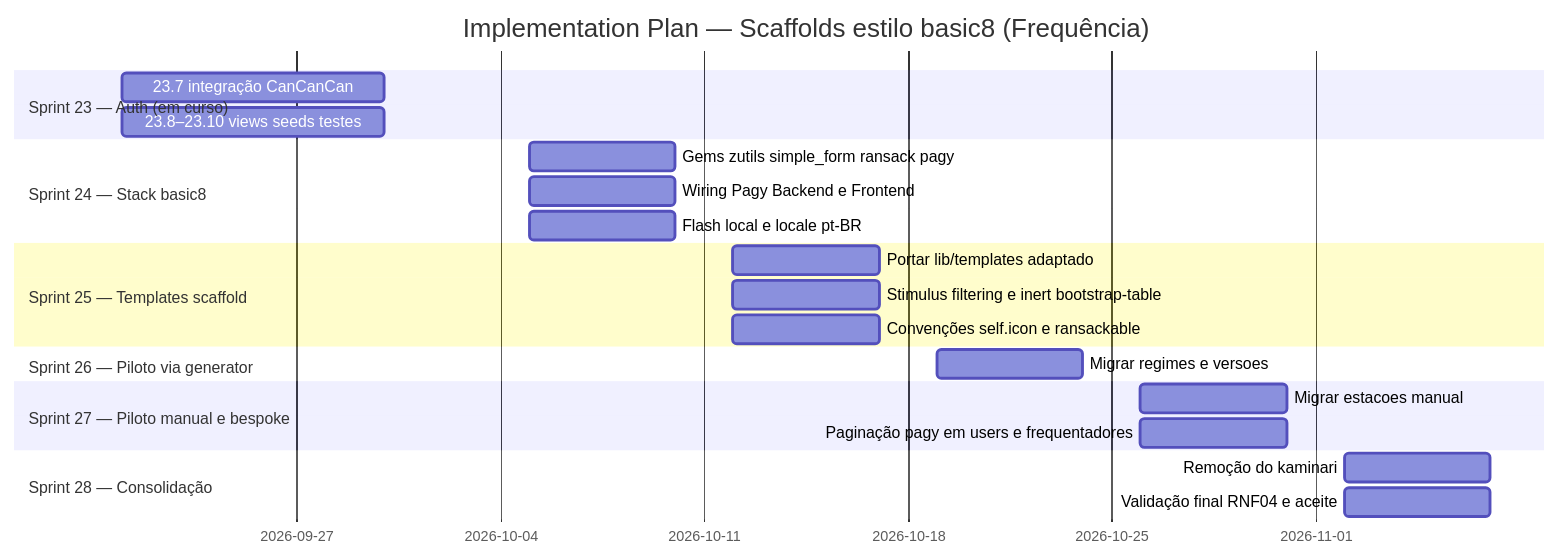
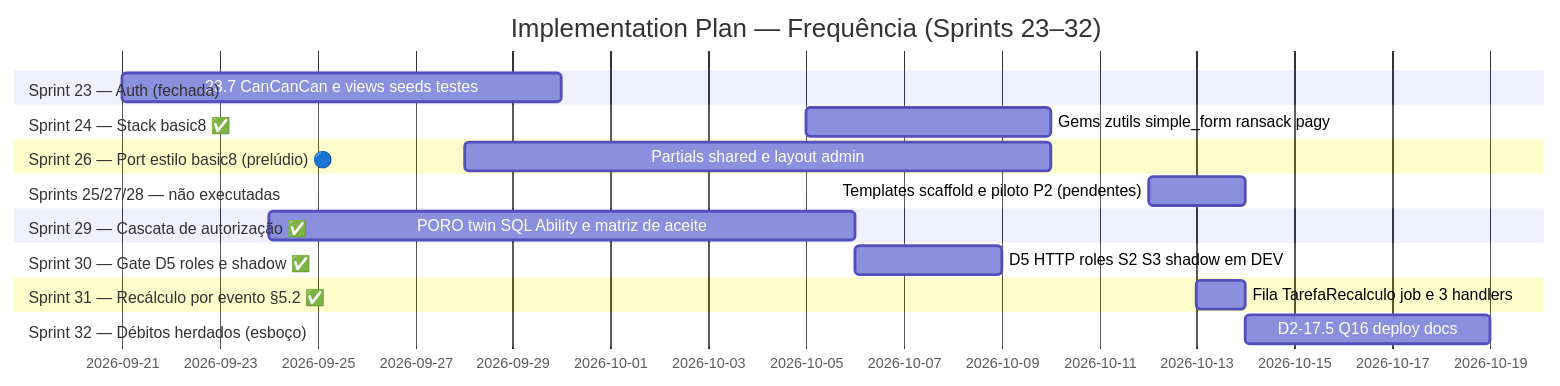
Before and after one commit to daviaraujo18/Frequencia: the diagram in docs/12-plano-implementacao/implementation_plan.md, drawn with Mermaid. The commit also changed other lines of this file and 4 other files, not shown here.

````diff
--- a/docs/12-plano-implementacao/implementation_plan.md
+++ b/docs/12-plano-implementacao/implementation_plan.md
@@ -13,24 +50,21 @@
 ```mermaid
 gantt
-    title Implementation Plan — Scaffolds estilo basic8 (Frequência)
+    title Implementation Plan — Frequência (Sprints 23–32)
     dateFormat YYYY-MM-DD
-    section Sprint 23 — Auth (em curso)
-    23.7 integração CanCanCan : 2026-09-21, 9d
-    23.8–23.10 views seeds testes : 2026-09-21, 9d
-    section Sprint 24 — Stack basic8
+    section Sprint 23 — Auth (fechada)
+    23.7 CanCanCan e views seeds testes : 2026-09-21, 9d
+    section Sprint 24 — Stack basic8 ✅
     Gems zutils simple_form ransack pagy : 2026-10-05, 5d
-    Wiring Pagy Backend e Frontend : 2026-10-05, 5d
-    Flash local e locale pt-BR : 2026-10-05, 5d
-    section Sprint 25 — Templates scaffold
-    Portar lib/templates adaptado : 2026-10-12, 5d
-    Stimulus filtering e inert bootstrap-table : 2026-10-12, 5d
-    Convenções self.icon e ransackable : 2026-10-12, 5d
-    section Sprint 26 — Piloto via generator
-    Migrar regimes e versoes : 2026-10-19, 5d
-    section Sprint 27 — Piloto manual e bespoke
-    Migrar estacoes manual : 2026-10-26, 5d
-    Paginação pagy em users e frequentadores : 2026-10-26, 5d
-    section Sprint 28 — Consolidação
-    Remoção do kaminari : 2026-11-02, 5d
-    Validação final RNF04 e aceite : 2026-11-02, 5d
+    section Sprint 26 — Port estilo basic8 (prelúdio) 🔵
+    Partials shared e layout admin : 2026-09-28, 12d
+    section Sprints 25/27/28 — não executadas
+    Templates scaffold e piloto P2 (pendentes) : 2026-10-12, 2d
+    section Sprint 29 — Cascata de autorização ✅
+    PORO twin SQL Ability e matriz de aceite : 2026-09-24, 12d
+    section Sprint 30 — Gate D5 roles e shadow ✅
+    D5 HTTP roles S2 S3 shadow em DEV : 2026-10-06, 3d
+    section Sprint 31 — Recálculo por evento §5.2 ✅
+    Fila TarefaRecalculo job e 3 handlers : 2026-10-13, 1d
+    section Sprint 32 — Débitos herdados (esboço)
+    D2-17.5 Q16 deploy docs : 2026-10-14, 5d
 ```
````
